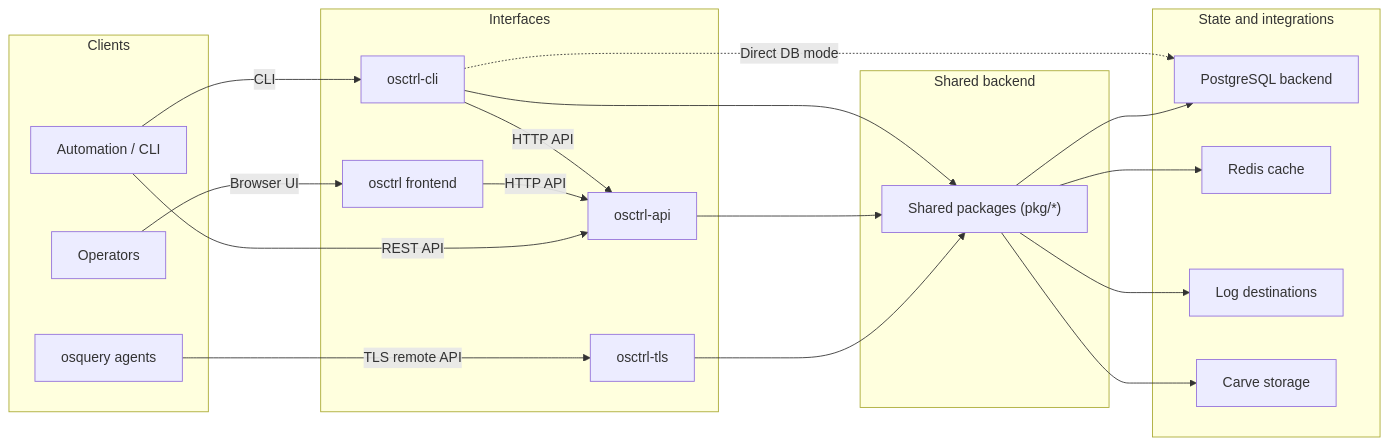
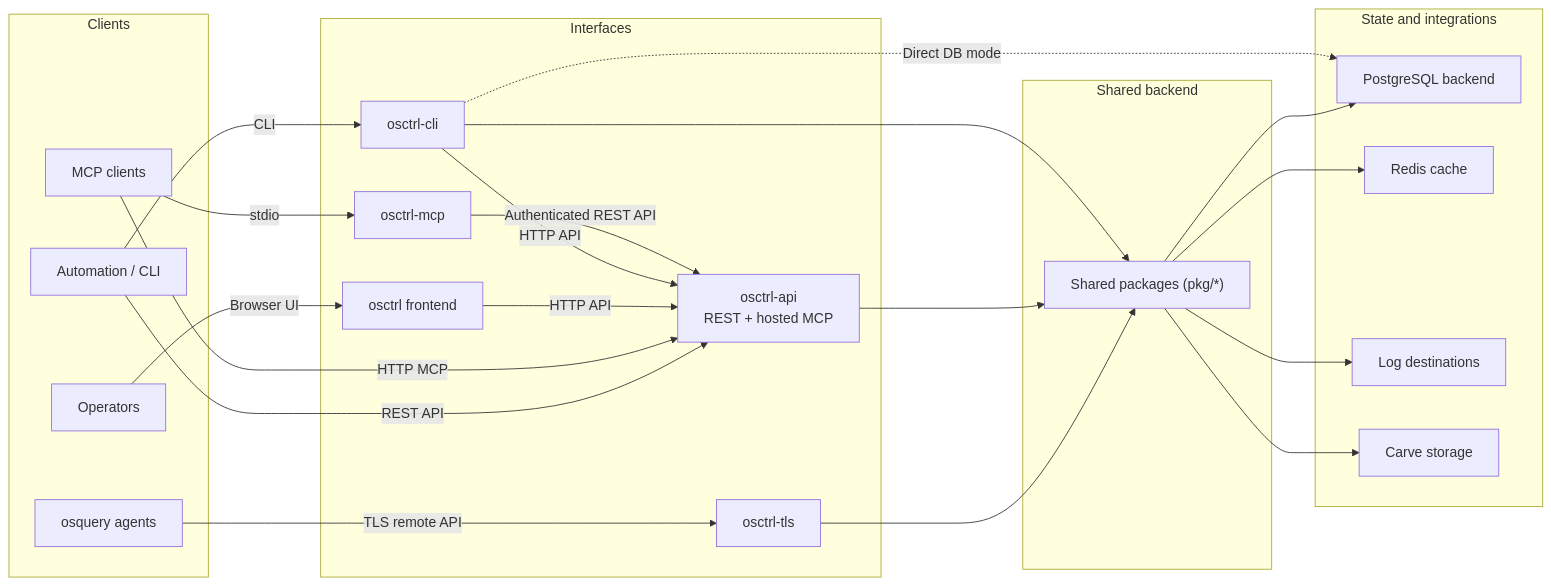
The diagram in README.md (jmpsec/osctrl), drawn with Mermaid before and after one commit. The commit also changed other lines of this file and 16 other files, not shown here.

````diff
--- a/README.md
+++ b/README.md
@@ -109,44 +112,49 @@
 ```mermaid
 flowchart LR
     subgraph Clients["Clients"]
         Agents["osquery agents"]
         Ops["Operators"]
         Tools["Automation / CLI"]
+        MCPClients["MCP clients"]
     end
 
     subgraph Interfaces["Interfaces"]
         TLS["osctrl-tls"]
         Frontend["osctrl frontend"]
-        API["osctrl-api"]
+        API["osctrl-api<br/>REST + hosted MCP"]
         CLI["osctrl-cli"]
+        MCP["osctrl-mcp"]
     end
 
     subgraph Core["Shared backend"]
         Shared["Shared packages (pkg/*)"]
     end
 
     subgraph Data["State and integrations"]
         DB["PostgreSQL backend"]
         Redis["Redis cache"]
         Logs["Log destinations"]
         Carves["Carve storage"]
     end
 
     Agents -->|TLS remote API| TLS
     Ops -->|Browser UI| Frontend
     Tools -->|REST API| API
     Tools -->|CLI| CLI
+    MCPClients -->|stdio| MCP
+    MCPClients -->|HTTP MCP| API
 
     Frontend -->|HTTP API| API
     CLI -->|HTTP API| API
+    MCP -->|Authenticated REST API| API
 
     TLS --> Shared
     API --> Shared
     CLI --> Shared
 
     Shared --> DB
     Shared --> Redis
     Shared --> Logs
     Shared --> Carves
     CLI -.->|Direct DB mode| DB
 ```
````
